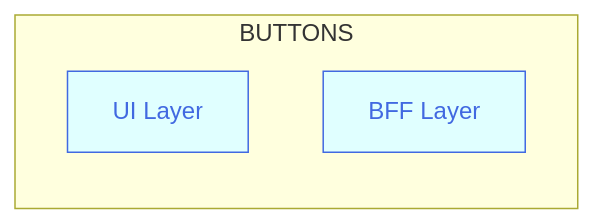
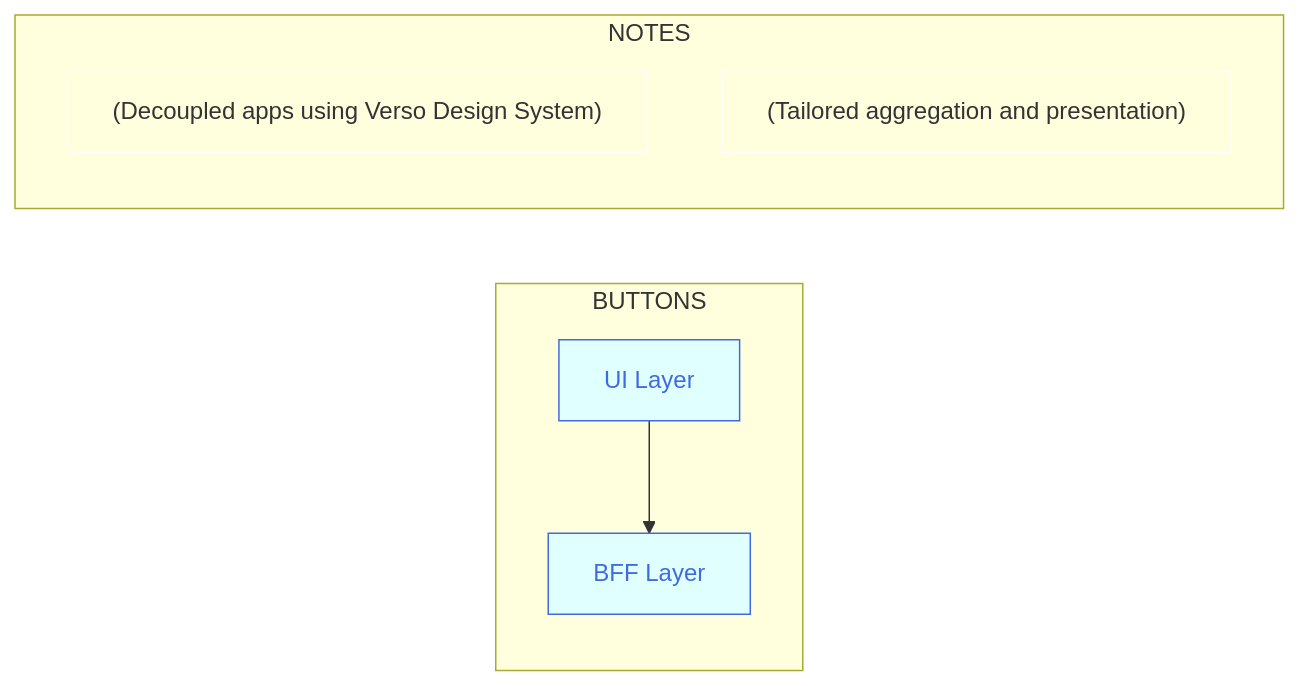
One commit to joe-dorward/samples changed the first of 2 diagrams in buttons_mermaid_v3.md. Above: the diagram before and after it, drawn with Mermaid.

````diff
--- a/buttons_mermaid_v3.md
+++ b/buttons_mermaid_v3.md
@@ -3,19 +3,27 @@
 ```mermaid
   %%{
     init: {"flowchart": { "markdownAutoWrap":"false", "textWrap":"false", "wrappingWidth": "100%" }
     }
   }%%
   flowchart LR
 
   %% define styles
   classDef Button fill:lightcyan, stroke:royalblue, color:royalblue;
   classDef Note fill:transparent, stroke:white, text-align:left;
 
   subgraph BUTTONS
     direction TD
 
     BUTTON_01[UI Layer]:::Button
     BUTTON_02[BFF Layer]:::Button
 
+    BUTTON_01-->
+    BUTTON_02
+  end
+
+  subgraph NOTES
+    direction TD
+    BUTTON_01_NOTE["(Decoupled apps using Verso Design System)"]:::Note
+    BUTTON_02_NOTE["(Tailored aggregation and presentation)"]:::Note
   end
 ```
````
